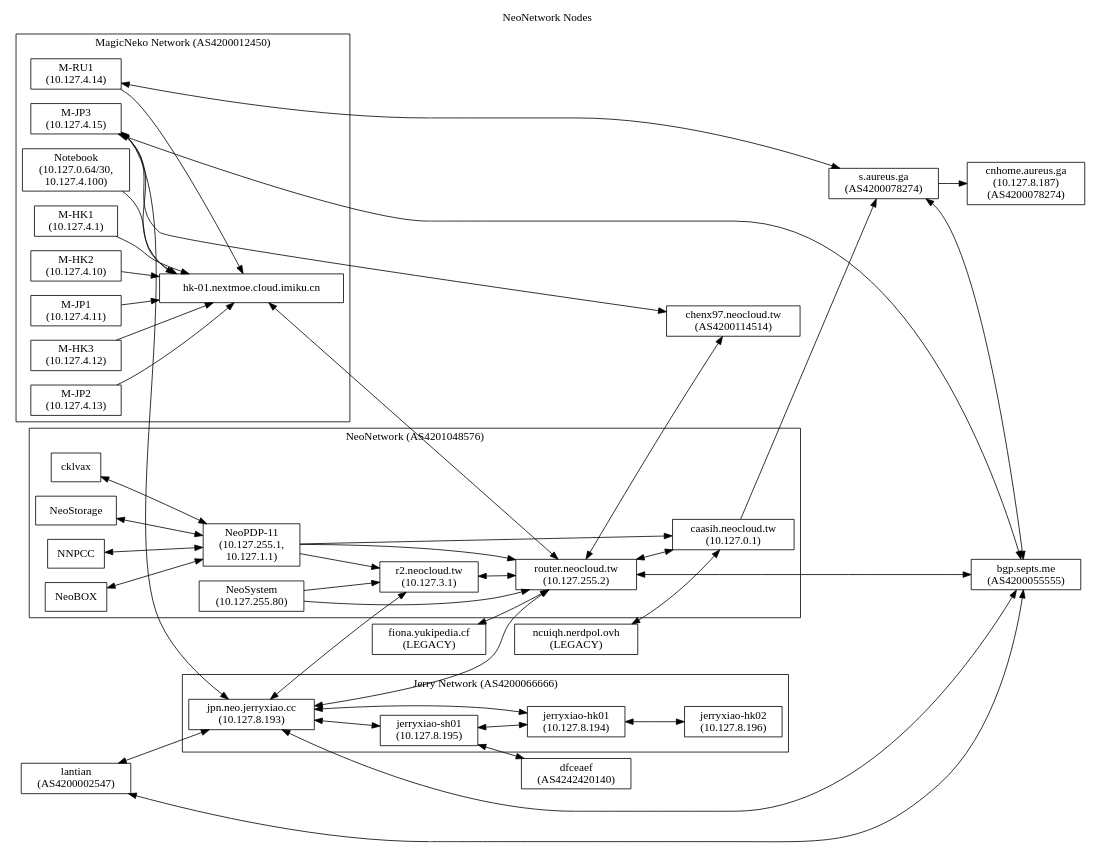
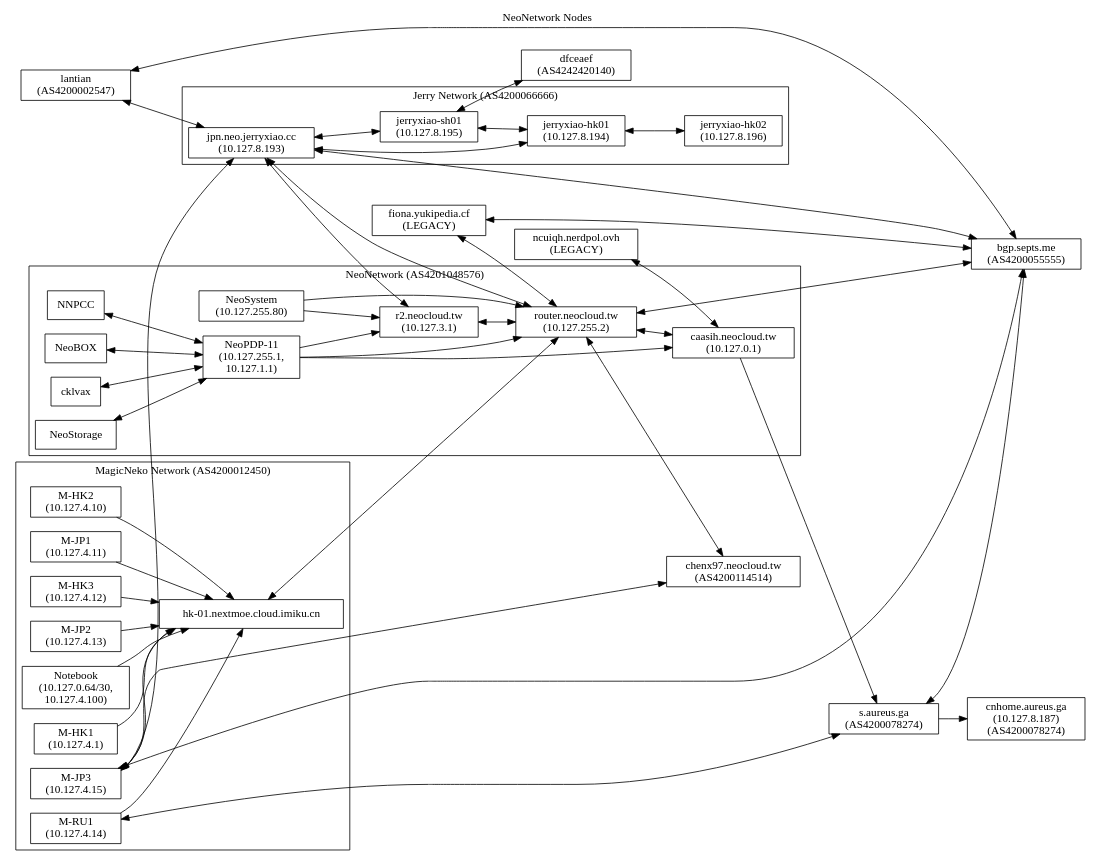
The diagram in nodes.dot (NeoCloud/NeoNetwork), drawn with Graphviz before and after one commit. The commit also changed 1 other file, not shown here.

Commit message:
add fionaLHS <-> septs on graph

```diff
--- a/nodes.dot
+++ b/nodes.dot
@@ -1,94 +1,95 @@
 digraph "NeoNetwork Nodes"
 {
 	label="NeoNetwork Nodes";
 	labelloc="t";
 	rankdir=LR;
 	node [shape=box]
 	c [label="caasih.neocloud.tw\n(10.127.0.1)"]
 	ucbvax [label="router.neocloud.tw\n(10.127.255.2)"]
 	np11 [label="NeoPDP-11\n(10.127.255.1,\n10.127.1.1)"]
 	ns [label="NeoSystem\n(10.127.255.80)"]
 	ncuiqh [label="ncuiqh.nerdpol.ovh\n(LEGACY)"]
 	fionaLHS [label="fiona.yukipedia.cf\n(LEGACY)"]
 	pan [label="r2.neocloud.tw\n(10.127.3.1)"]
 	icecat_Explosion [label="hk-01.nextmoe.cloud.imiku.cn"]
 	icecat_Notebook [label="Notebook\n(10.127.0.64/30,\n10.127.4.100)"]
 	magicneko_HK01 [label="M-HK1\n(10.127.4.1)"]
 	magicneko_HK02 [label="M-HK2\n(10.127.4.10)"]
 	magicneko_JP01 [label="M-JP1\n(10.127.4.11)"]
 	magicneko_HK03 [label="M-HK3\n(10.127.4.12)"]
 	magicneko_JP02 [label="M-JP2\n(10.127.4.13)"]
 	magicneko_RU01 [label="M-RU1\n(10.127.4.14)"]
 	magicneko_JP03 [label="M-JP3\n(10.127.4.15)"]
 	staph [label="s.aureus.ga\n(AS4200078274)"]
 	staph_CN [label="cnhome.aureus.ga\n(10.127.8.187)\n(AS4200078274)"]
 	chenx97 [label="chenx97.neocloud.tw\n(AS4200114514)"]
 	JerryXiao [label="jpn.neo.jerryxiao.cc\n(10.127.8.193)"]
 	JerryXiao_SH01 [label="jerryxiao-sh01\n(10.127.8.195)"]
 	JerryXiao_HK01 [label="jerryxiao-hk01\n(10.127.8.194)"]
 	JerryXiao_HK02 [label="jerryxiao-hk02\n(10.127.8.196)"]
 	septs [label="bgp.septs.me\n(AS4200055555)"]
 	lantian [label="lantian\n(AS4200002547)"]
 	dfceaef [label="dfceaef\n(AS4242420140)"]
 
 	subgraph cluster_AS4201048576
 	{
 		label = "NeoNetwork (AS4201048576)";
 
 		NNPCC -> np11 [dir=both]
 		NeoBOX -> np11 [dir=both]
 		cklvax -> np11 [dir=both]
 		NeoStorage -> np11 [dir=both]
 		np11 -> ucbvax
 		np11 -> pan
 		np11 -> c
 		ucbvax -> c [dir=both]
 		ns -> ucbvax
 		ns -> pan
 		pan -> ucbvax [dir=both]
 	}
 
 	ncuiqh -> c [dir=both]
 	fionaLHS -> ucbvax [dir=both]
 	icecat_Explosion -> ucbvax [dir=both]
 	c -> staph
 	staph -> staph_CN
 	ucbvax -> chenx97 [dir=both]
 
 	subgraph cluster_AS4200012450
 	{
 		label="MagicNeko Network (AS4200012450)";
 
 		magicneko_HK01-> icecat_Explosion
 		magicneko_HK02-> icecat_Explosion
 		magicneko_JP01 -> icecat_Explosion
 		magicneko_HK03 -> icecat_Explosion
 		magicneko_JP02 -> icecat_Explosion
 		magicneko_RU01 -> icecat_Explosion
 		magicneko_JP03 -> icecat_Explosion
 		icecat_Notebook -> icecat_Explosion
 	}
 
 	subgraph cluster_AS4200066666
 	{
 		label="Jerry Network (AS4200066666)";
 
 		JerryXiao -> JerryXiao_SH01 [dir=both]
 		JerryXiao -> JerryXiao_HK01 [dir=both]
 		JerryXiao_SH01 -> JerryXiao_HK01 [dir=both]
 		JerryXiao_HK01 -> JerryXiao_HK02 [dir=both]
 	}
 
 	JerryXiao -> pan [dir=both]
 	JerryXiao -> ucbvax [dir=both]
 	JerryXiao -> septs [dir=both]
 	JerryXiao_SH01 -> dfceaef [dir=both]
 	magicneko_JP03 -> JerryXiao [dir=both]
 	lantian -> septs [dir=both]
 	lantian -> JerryXiao [dir=both]
 	magicneko_JP03 -> septs [dir=both]
 	staph -> septs [dir=both]
 	ucbvax -> septs [dir=both]
 	magicneko_JP03 -> chenx97 [dir=both]
 	magicneko_RU01 -> staph [dir=both]
+	fionaLHS -> septs [dir=both]
 }
```
